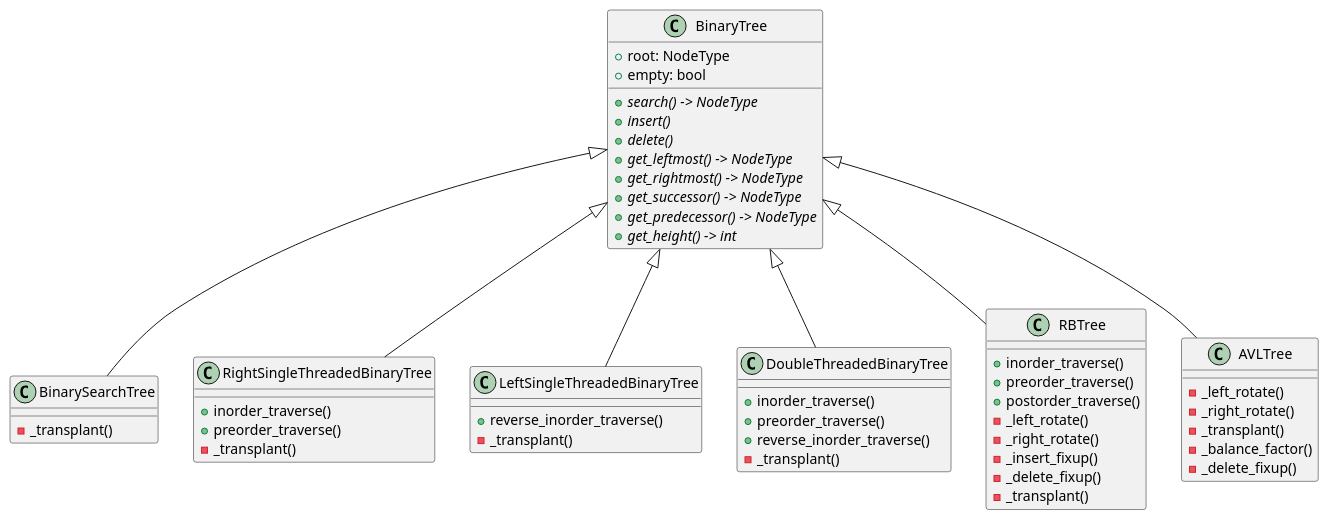
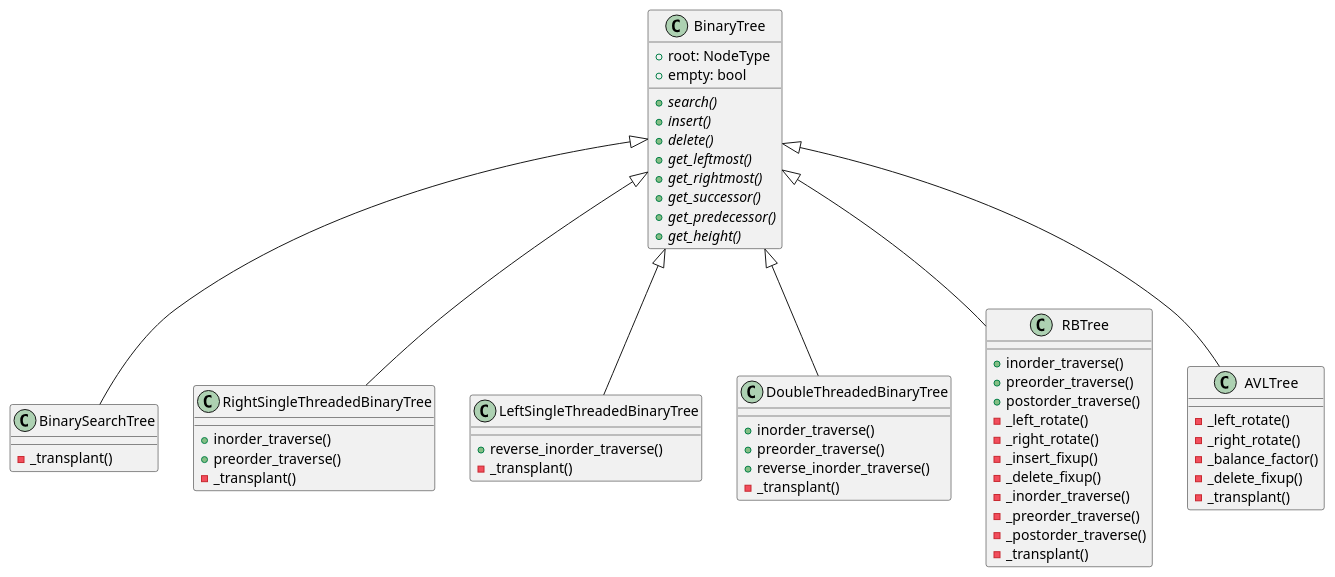
Before and after one commit to shunsvineyard/pyforest: the diagram in diagrams/binary_tree_class_diagram.wsd, drawn with PlantUML. The commit also changed 9 other files, not shown here.

```diff
--- a/diagrams/binary_tree_class_diagram.wsd
+++ b/diagrams/binary_tree_class_diagram.wsd
@@ -1,66 +1,69 @@
 @startuml
 
 BinaryTree <|-- BinarySearchTree
 BinaryTree <|-- RightSingleThreadedBinaryTree
 BinaryTree <|-- LeftSingleThreadedBinaryTree
 BinaryTree <|-- DoubleThreadedBinaryTree
 BinaryTree <|-- RBTree
 BinaryTree <|-- AVLTree
 
 class BinaryTree {
     +root: NodeType
     +empty: bool
-    {abstract} +search() -> NodeType
+    {abstract} +search()
     {abstract} +insert()
     {abstract} +delete()
-    {abstract} +get_leftmost() -> NodeType
-    {abstract} +get_rightmost() -> NodeType
-    {abstract} +get_successor() -> NodeType
-    {abstract} +get_predecessor() -> NodeType
-    {abstract} +get_height() -> int
+    {abstract} +get_leftmost()
+    {abstract} +get_rightmost()
+    {abstract} +get_successor()
+    {abstract} +get_predecessor()
+    {abstract} +get_height()
 }
 
 class BinarySearchTree {
     -_transplant()
 }
 
 class RightSingleThreadedBinaryTree {
     +inorder_traverse()
     +preorder_traverse()
     -_transplant()
 }
 
 class LeftSingleThreadedBinaryTree {
     +reverse_inorder_traverse()
     -_transplant()
 }
 
 class DoubleThreadedBinaryTree {
     +inorder_traverse()
     +preorder_traverse()
     +reverse_inorder_traverse()
     -_transplant()
 }
 
 class RBTree {
     +inorder_traverse()
     +preorder_traverse()
     +postorder_traverse()
     -_left_rotate()
     -_right_rotate()
     -_insert_fixup()
     -_delete_fixup()
+    -_inorder_traverse()
+    -_preorder_traverse()
+    -_postorder_traverse()
     -_transplant()
 
 }
 
 class AVLTree {
     -_left_rotate()
     -_right_rotate()
-    -_transplant()
     -_balance_factor()
     -_delete_fixup()
+    -_transplant()
 }
 
 
 @enduml
```
